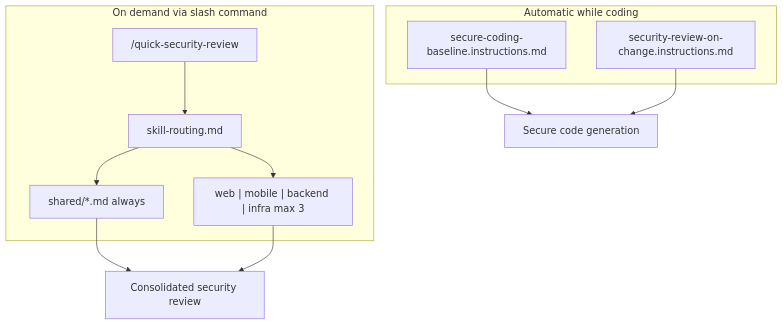
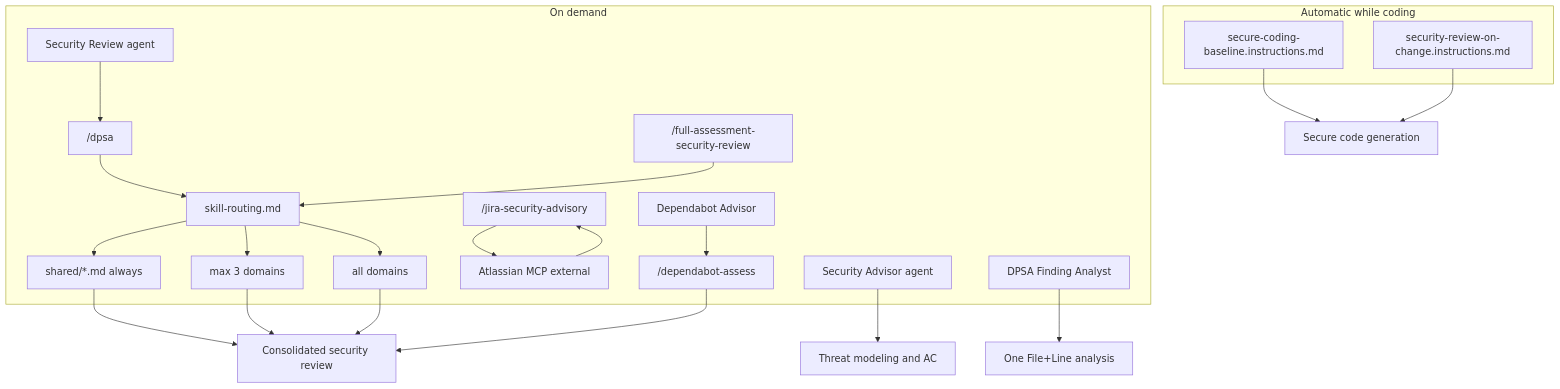
Before and after one commit to NashNi-Datasec/SLA-Ticketing-Monitoring-: the diagram in .github/docs/architecture.md, drawn with Mermaid. The commit also changed other lines of this file and 61 other files, not shown here.

````diff
--- a/.github/docs/architecture.md
+++ b/.github/docs/architecture.md
@@ -9,22 +9,41 @@
 ```mermaid
 flowchart TD
     subgraph automatic [Automatic while coding]
         baseline["secure-coding-baseline.instructions.md"]
         cia["security-review-on-change.instructions.md"]
     end
 
-    subgraph onDemand [On demand via slash command]
-        entry["/quick-security-review"]
+    subgraph onDemand [On demand]
+        dpsa["/dpsa"]
+        full["/full-assessment-security-review"]
+        jira["/jira-security-advisory"]
+        dependabot["/dependabot-assess"]
+        agentReview["Security Review agent"]
+        agentAdvisor["Security Advisor agent"]
+        agentFinding["DPSA Finding Analyst"]
+        agentDep["Dependabot Advisor"]
+        mcp["Atlassian MCP external"]
         router["skill-routing.md"]
         shared["shared/*.md always"]
-        domains["web | mobile | backend | infra max 3"]
+        domainsQuick["max 3 domains"]
+        domainsFull["all domains"]
     end
 
     baseline --> coding["Secure code generation"]
     cia --> coding
-    entry --> router
+    agentAdvisor --> design["Threat modeling and AC"]
+    jira --> mcp
+    mcp --> jira
+    agentReview --> dpsa
+    agentFinding --> finding["One File+Line analysis"]
+    agentDep --> dependabot
+    dpsa --> router
+    full --> router
     router --> shared
-    router --> domains
+    router --> domainsQuick
+    router --> domainsFull
     shared --> report["Consolidated security review"]
-    domains --> report
+    domainsQuick --> report
+    domainsFull --> report
+    dependabot --> report
 ```
````
